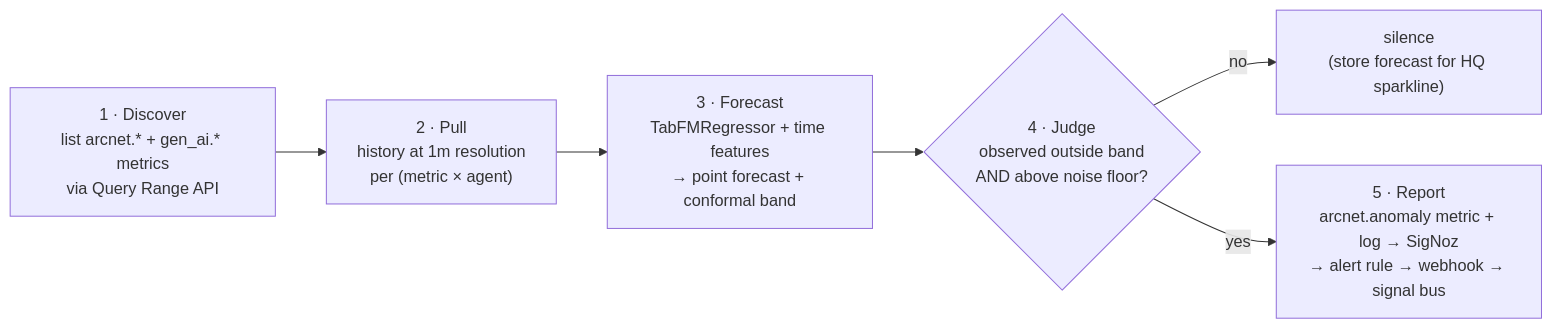
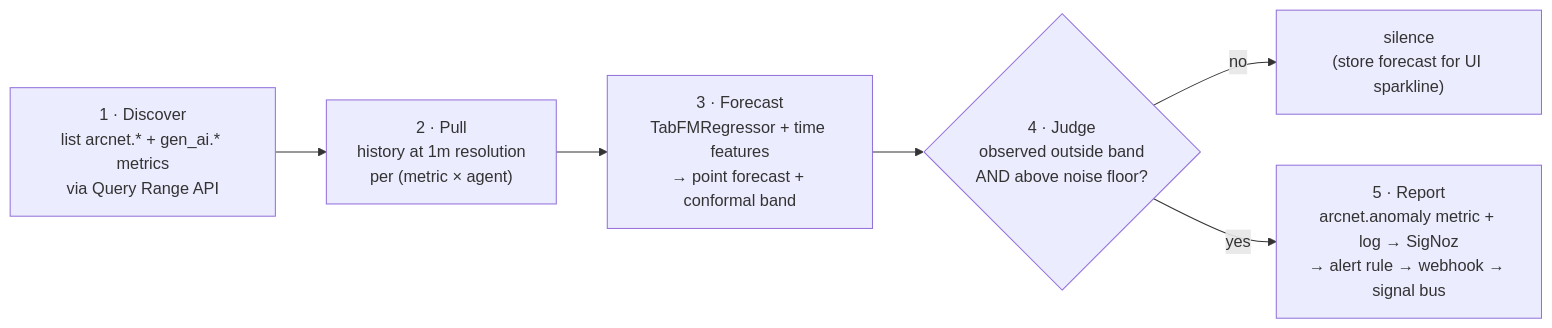
The diagram in docs/07-griffin-anomaly.md (chiruu12/arcnet), drawn with Mermaid before and after one commit. The commit also changed other lines of this file and 8 other files, not shown here.

````diff
--- a/docs/07-griffin-anomaly.md
+++ b/docs/07-griffin-anomaly.md
@@ -20,8 +20,8 @@
 ```mermaid
 flowchart LR
     A["1 · Discover<br/>list arcnet.* + gen_ai.* metrics<br/>via Query Range API"] --> B["2 · Pull<br/>history at 1m resolution<br/>per (metric × agent)"]
     B --> C["3 · Forecast<br/>TabFMRegressor + time features<br/>→ point forecast + conformal band"]
     C --> D{"4 · Judge<br/>observed outside band<br/>AND above noise floor?"}
-    D -- no --> E["silence<br/>(store forecast for HQ sparkline)"]
+    D -- no --> E["silence<br/>(store forecast for UI sparkline)"]
     D -- yes --> F["5 · Report<br/>arcnet.anomaly metric + log → SigNoz<br/>→ alert rule → webhook → signal bus"]
 ```
````
